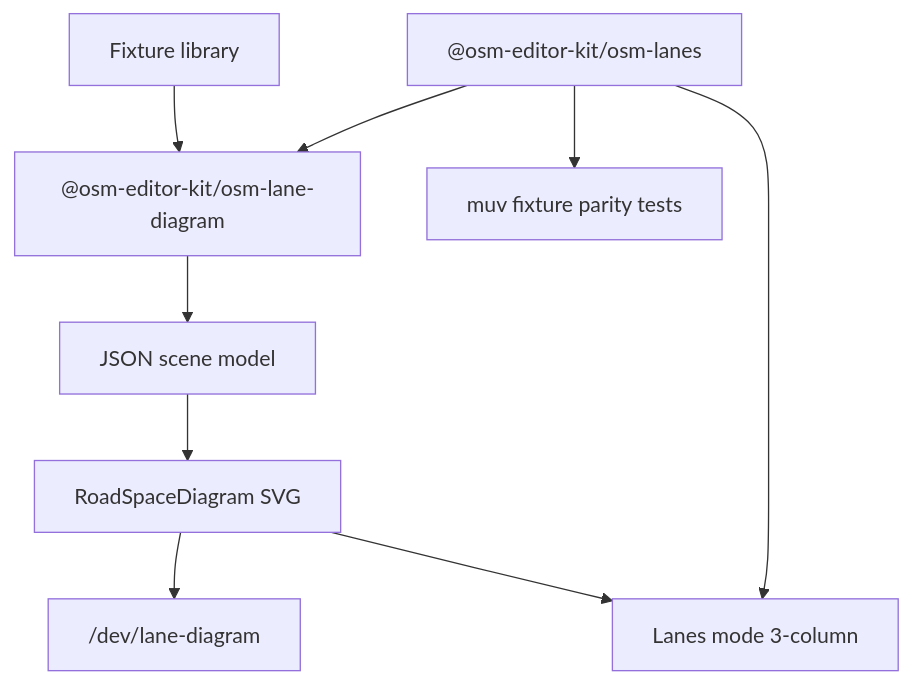
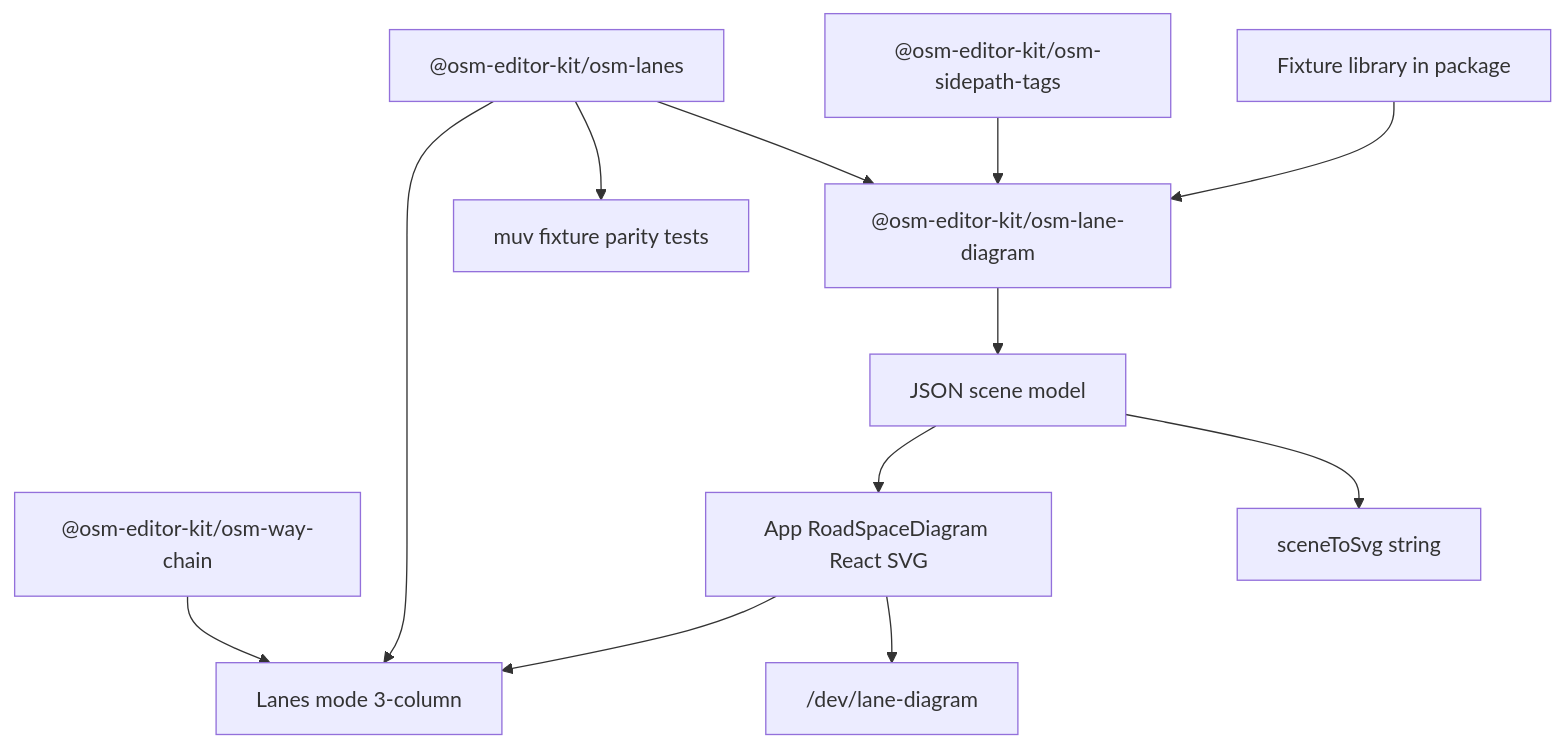
The third of 3 diagrams in .cursor/plans/lanes_3-column_explore_23b926cc.plan.md (tordans/parking-lanes), drawn with Mermaid before and after one commit. The commit also changed other lines of this file, not shown here.

First line of the commit message:
Plan: tighten three-column lanes redesign after review

````diff
--- a/.cursor/plans/lanes_3-column_explore_23b926cc.plan.md
+++ b/.cursor/plans/lanes_3-column_explore_23b926cc.plan.md
@@ -177,18 +236,25 @@
 ```mermaid
 flowchart TB
-  fixtures[Fixture library]
+  fixtures[Fixture library in package]
   muvParity[muv fixture parity tests]
   osmLanes["@osm-editor-kit/osm-lanes"]
+  sidepath["@osm-editor-kit/osm-sidepath-tags"]
+  chain["@osm-editor-kit/osm-way-chain"]
   diagramPkg["@osm-editor-kit/osm-lane-diagram"]
   scene[JSON scene model]
-  svg[RoadSpaceDiagram SVG]
+  svgString[sceneToSvg string]
+  appSvg[App RoadSpaceDiagram React SVG]
   gallery["/dev/lane-diagram"]
   lanesMode[Lanes mode 3-column]
   fixtures --> diagramPkg
   osmLanes --> diagramPkg
+  sidepath --> diagramPkg
+  chain --> lanesMode
   osmLanes --> muvParity
-  diagramPkg --> scene --> svg
-  svg --> gallery
-  svg --> lanesMode
+  diagramPkg --> scene
+  scene --> svgString
+  scene --> appSvg
+  appSvg --> gallery
+  appSvg --> lanesMode
   osmLanes --> lanesMode
 ```
````
